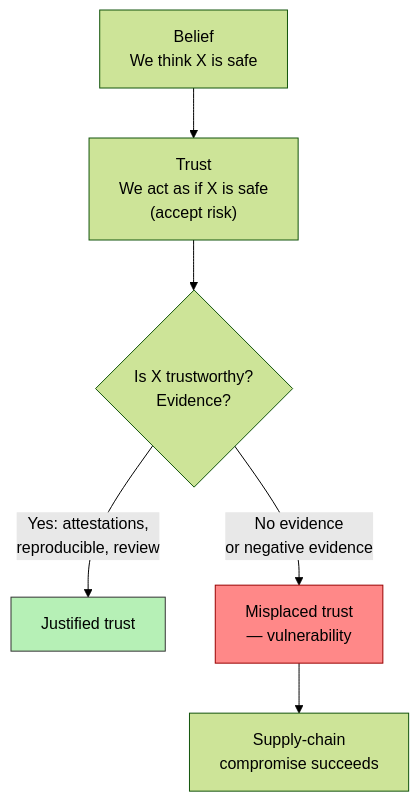
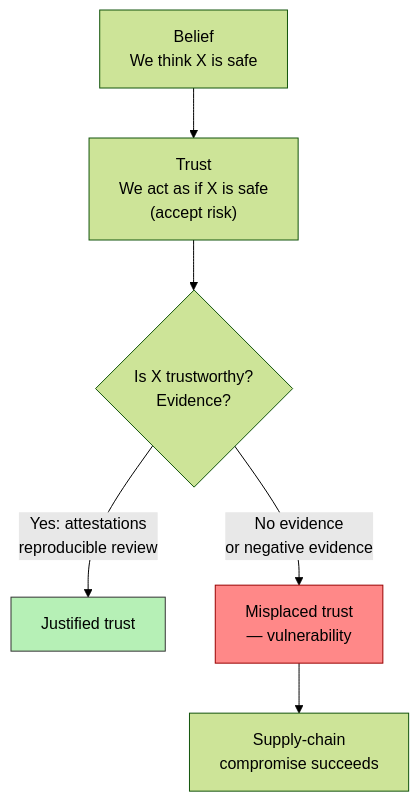
Before and after one commit to bumbsclaw/textbooks: the fifth of 7 diagrams in book-01-foundations/ch06-trust-threat-models.md, drawn with Mermaid (forest theme). The commit also changed 173 other files, not shown here.

First line of the commit message:
fix(mermaid): close note brackets, semicolons in Notes, stateDiagram br -> dash, edge parens

````diff
--- a/book-01-foundations/ch06-trust-threat-models.md
+++ b/book-01-foundations/ch06-trust-threat-models.md
@@ -716,10 +716,10 @@
 ```mermaid
 flowchart TD
     BELIEF["Belief<br/>We think X is safe"] --> TRUST["Trust<br/>We act as if X is safe<br/>(accept risk)"]
     TRUST --> VERIFY{"Is X trustworthy?<br/>Evidence?"}
-    VERIFY -->|Yes: attestations,<br/>reproducible, review| JUSTIFIED["Justified trust"]
-    VERIFY -->|No evidence<br/>or negative evidence| MISPLACED["Misplaced trust<br/>— vulnerability"]
+    VERIFY -->|Yes: attestations <br >reproducible review| JUSTIFIED["Justified trust"]
+    VERIFY -->|No evidence<br >or negative evidence| MISPLACED["Misplaced trust<br/>— vulnerability"]
     MISPLACED --> COMPROMISE["Supply-chain<br/>compromise succeeds"]
     style MISPLACED fill:#f88,stroke:#900
     style JUSTIFIED fill:#b6f0b6,stroke:#333
 ```
````
